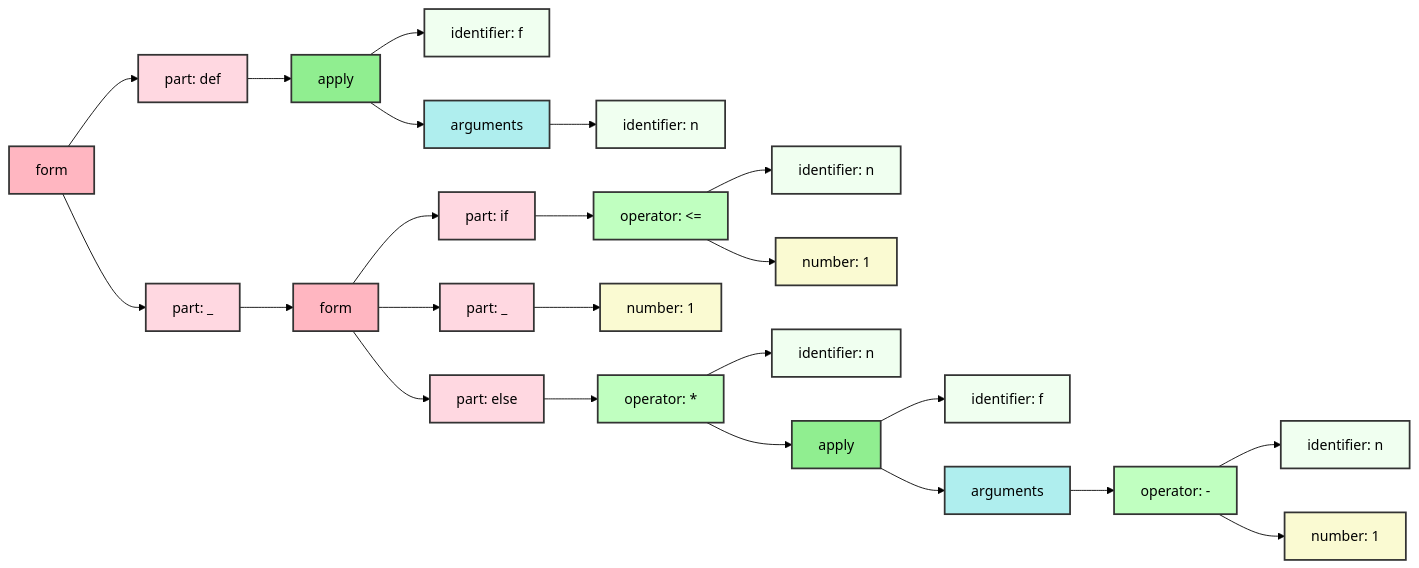
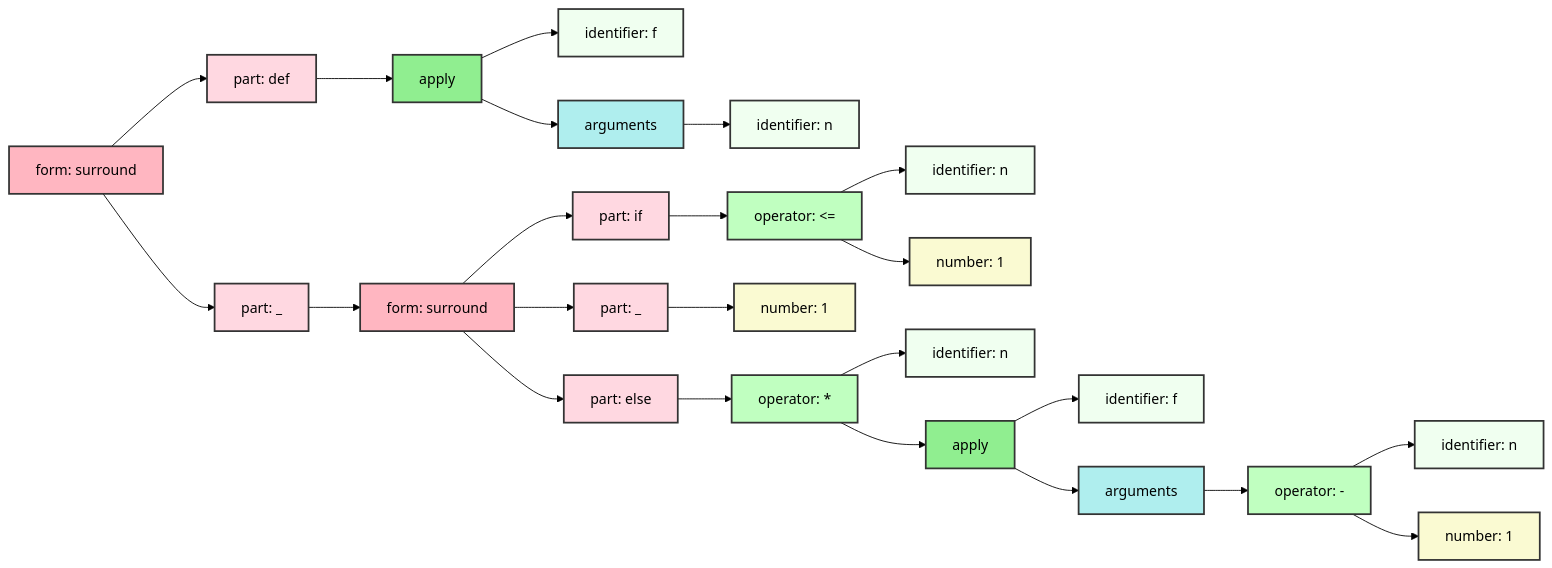
Before and after one commit to monogram-project/monogram: the first of 2 diagrams in docs/factorial.md, drawn with Mermaid (forest theme). The commit also changed other lines of this file and 10 other files, not shown here.

````diff
--- a/docs/factorial.md
+++ b/docs/factorial.md
@@ -21,57 +21,57 @@
 ```mermaid
 graph LR
-  133465698845936["form"]:::custom_form;
-  133465698846016["part: def"]:::custom_part;
-  133465698845936 --> 133465698846016;
-  133465698846096["apply"]:::custom_apply;
-  133465698846016 --> 133465698846096;
-  133465698846176["identifier: f"]:::custom_identifier;
-  133465698846096 --> 133465698846176;
-  133465698846256["arguments"]:::custom_arguments;
-  133465698846096 --> 133465698846256;
-  133465698846336["identifier: n"]:::custom_identifier;
-  133465698846256 --> 133465698846336;
-  133465698846416["part: _"]:::custom_part;
-  133465698845936 --> 133465698846416;
-  133465698846496["form"]:::custom_form;
-  133465698846416 --> 133465698846496;
-  133465698846576["part: if"]:::custom_part;
-  133465698846496 --> 133465698846576;
-  133465698846656["operator: <="]:::custom_operator;
-  133465698846576 --> 133465698846656;
-  133465698846736["identifier: n"]:::custom_identifier;
-  133465698846656 --> 133465698846736;
-  133465698846816["number: 1"]:::custom_number;
-  133465698846656 --> 133465698846816;
-  133465698846896["part: _"]:::custom_part;
-  133465698846496 --> 133465698846896;
-  133465698846976["number: 1"]:::custom_number;
-  133465698846896 --> 133465698846976;
-  133465698847056["part: else"]:::custom_part;
-  133465698846496 --> 133465698847056;
-  133465698847136["operator: *"]:::custom_operator;
-  133465698847056 --> 133465698847136;
-  133465698847216["identifier: n"]:::custom_identifier;
-  133465698847136 --> 133465698847216;
-  133465698847296["apply"]:::custom_apply;
-  133465698847136 --> 133465698847296;
-  133465698847456["identifier: f"]:::custom_identifier;
-  133465698847296 --> 133465698847456;
-  133465698847616["arguments"]:::custom_arguments;
-  133465698847296 --> 133465698847616;
-  133465698847776["operator: -"]:::custom_operator;
-  133465698847616 --> 133465698847776;
-  133465698847936["identifier: n"]:::custom_identifier;
-  133465698847776 --> 133465698847936;
-  133465698848096["number: 1"]:::custom_number;
-  133465698847776 --> 133465698848096;
+  140419325330752["form: surround"]:::custom_form;
+  140419325330832["part: def"]:::custom_part;
+  140419325330752 --> 140419325330832;
+  140419325330912["apply"]:::custom_apply;
+  140419325330832 --> 140419325330912;
+  140419325330992["identifier: f"]:::custom_identifier;
+  140419325330912 --> 140419325330992;
+  140419325331072["arguments"]:::custom_arguments;
+  140419325330912 --> 140419325331072;
+  140419325331152["identifier: n"]:::custom_identifier;
+  140419325331072 --> 140419325331152;
+  140419325331232["part: _"]:::custom_part;
+  140419325330752 --> 140419325331232;
+  140419325331312["form: surround"]:::custom_form;
+  140419325331232 --> 140419325331312;
+  140419325331392["part: if"]:::custom_part;
+  140419325331312 --> 140419325331392;
+  140419325331472["operator: <="]:::custom_operator;
+  140419325331392 --> 140419325331472;
+  140419325331552["identifier: n"]:::custom_identifier;
+  140419325331472 --> 140419325331552;
+  140419325331632["number: 1"]:::custom_number;
+  140419325331472 --> 140419325331632;
+  140419325331712["part: _"]:::custom_part;
+  140419325331312 --> 140419325331712;
+  140419325331792["number: 1"]:::custom_number;
+  140419325331712 --> 140419325331792;
+  140419325331872["part: else"]:::custom_part;
+  140419325331312 --> 140419325331872;
+  140419325331952["operator: *"]:::custom_operator;
+  140419325331872 --> 140419325331952;
+  140419325332032["identifier: n"]:::custom_identifier;
+  140419325331952 --> 140419325332032;
+  140419325332112["apply"]:::custom_apply;
+  140419325331952 --> 140419325332112;
+  140419325332192["identifier: f"]:::custom_identifier;
+  140419325332112 --> 140419325332192;
+  140419325332272["arguments"]:::custom_arguments;
+  140419325332112 --> 140419325332272;
+  140419325332352["operator: -"]:::custom_operator;
+  140419325332272 --> 140419325332352;
+  140419325332432["identifier: n"]:::custom_identifier;
+  140419325332352 --> 140419325332432;
+  140419325332512["number: 1"]:::custom_number;
+  140419325332352 --> 140419325332512;
 
 classDef custom_form fill:lightpink,stroke:#333,stroke-width:2px;
 classDef custom_part fill:#FFD8E1,stroke:#333,stroke-width:2px;
 classDef custom_apply fill:lightgreen,stroke:#333,stroke-width:2px;
 classDef custom_identifier fill:Honeydew,stroke:#333,stroke-width:2px;
 classDef custom_arguments fill:PaleTurquoise,stroke:#333,stroke-width:2px;
 classDef custom_operator fill:#C0FFC0,stroke:#333,stroke-width:2px;
 classDef custom_number fill:lightgoldenrodyellow,stroke:#333,stroke-width:2px;
 
 ```
````
